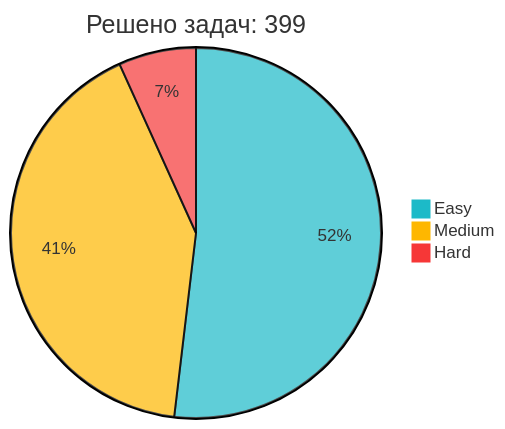
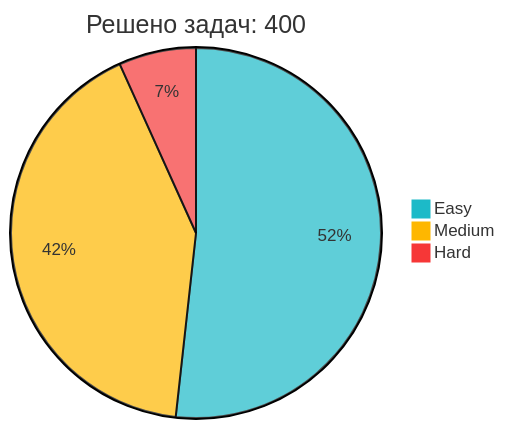
Before and after one commit to IliaKurdukov/IliaKurdukov: the diagram in README.md, drawn with Mermaid. The commit also changed other lines of this file, not shown here.

Commit message:
📈 Обновление статистики LeetCode

````diff
--- a/README.md
+++ b/README.md
@@ -51,7 +51,7 @@
 ```mermaid
 %%{init: {'theme': 'base', 'themeVariables': { 'pie1': '#1CBAC8', 'pie2': '#FEB700', 'pie3': '#F63737' }, 'config': {'width': 300, 'height': 200}}}%%
-pie title Решено задач: 399
+pie title Решено задач: 400
    "Easy" : 207
-   "Medium" : 165
+   "Medium" : 166
    "Hard" : 27
 ```
````
